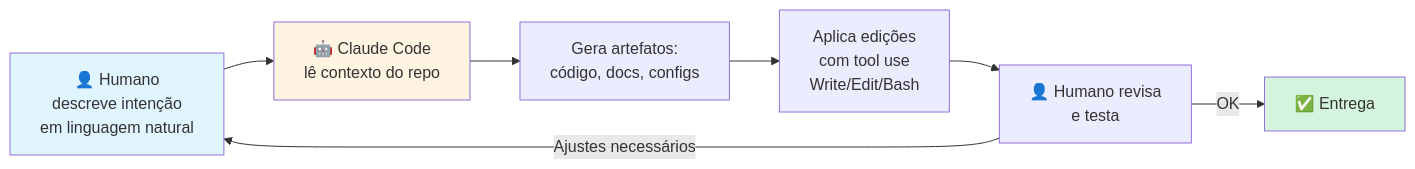
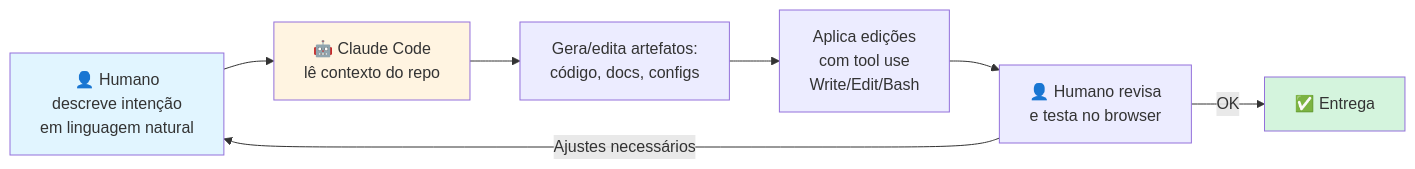
Before and after one commit to LuisErlacher/fundamentos-ia-generativa: the diagram in CLAUDE.md, drawn with Mermaid. The commit also changed other lines of this file and 7 other files, not shown here.

````diff
--- a/CLAUDE.md
+++ b/CLAUDE.md
@@ -36,13 +36,13 @@
 ```mermaid
 flowchart LR
     H[👤 Humano<br/>descreve intenção<br/>em linguagem natural] --> A[🤖 Claude Code<br/>lê contexto do repo]
-    A --> B[Gera artefatos:<br/>código, docs, configs]
+    A --> B[Gera/edita artefatos:<br/>código, docs, configs]
     B --> C[Aplica edições<br/>com tool use<br/>Write/Edit/Bash]
-    C --> R[👤 Humano revisa<br/>e testa]
+    C --> R[👤 Humano revisa<br/>e testa no browser]
     R -->|Ajustes necessários| H
     R -->|OK| F[✅ Entrega]
 
     style H fill:#e1f5ff
     style A fill:#fff4e1
     style F fill:#d4f4dd
 ```
````
